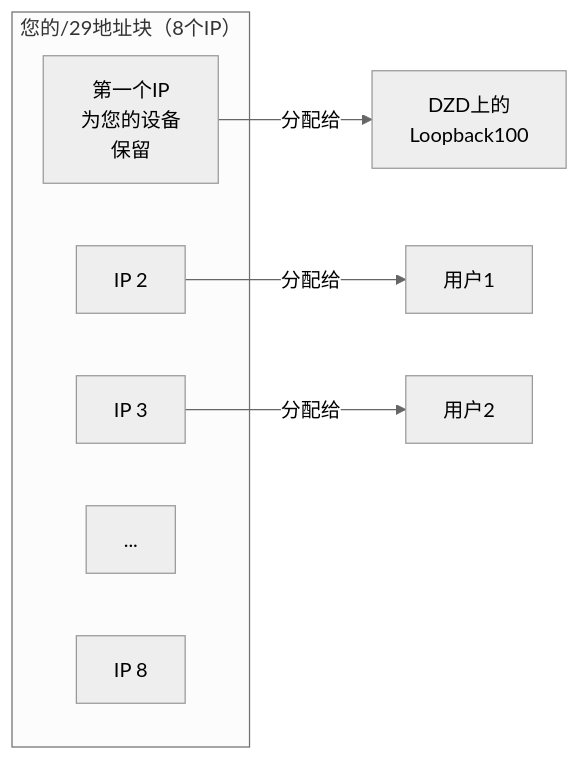
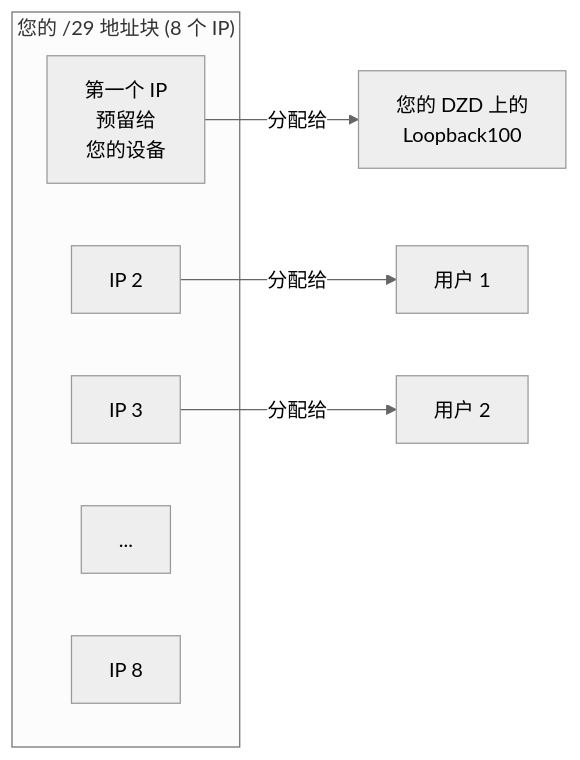
Before and after one commit to malbeclabs/docs: the second of 13 diagrams in docs/contribute-provisioning.zh.md, drawn with Mermaid (neutral theme). The commit also changed other lines of this file and 160 other files, not shown here.

````diff
--- a/docs/contribute-provisioning.zh.md
+++ b/docs/contribute-provisioning.zh.md
@@ -82,14 +122,14 @@
 ```mermaid
 flowchart LR
-    subgraph "您的/29地址块（8个IP）"
-        IP1["第一个IP<br/>为您的设备<br/>保留"]
+    subgraph "您的 /29 地址块 (8 个 IP)"
+        IP1["第一个 IP<br/>预留给<br/>您的设备"]
         IP2["IP 2"]
         IP3["IP 3"]
         IP4["..."]
         IP8["IP 8"]
     end
 
-    IP1 -->|分配给| LO[DZD上的<br/>Loopback100]
-    IP2 -->|分配给| U1[用户1]
-    IP3 -->|分配给| U2[用户2]
+    IP1 -->|分配给| LO[您的 DZD 上的<br/>Loopback100]
+    IP2 -->|分配给| U1[用户 1]
+    IP3 -->|分配给| U2[用户 2]
 ```
````
